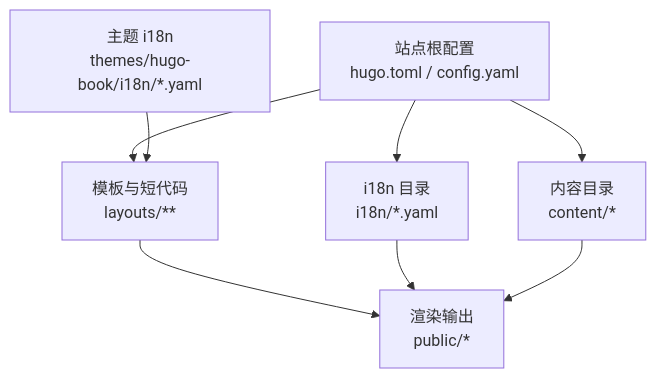
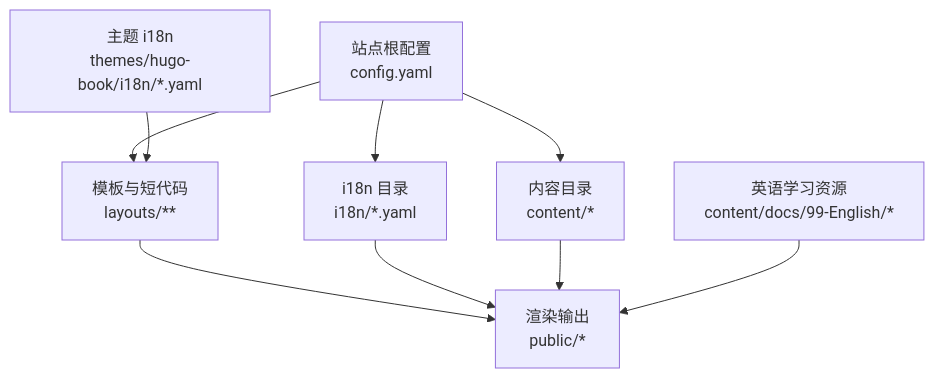
One commit to nianjiang/nianjiang.github.io changed the first of 6 diagrams in .qoder/repowiki/zh/content/主题定制/多语言支持.md. Above: the diagram before and after it, drawn with Mermaid. The commit also changed other lines of this file and 21 other files, not shown here.

````diff
--- a/.qoder/repowiki/zh/content/主题定制/多语言支持.md
+++ b/.qoder/repowiki/zh/content/主题定制/多语言支持.md
@@ -47,10 +53,11 @@
 ```mermaid
 graph TB
-A["站点根配置<br/>hugo.toml / config.yaml"] --> B["i18n 目录<br/>i18n/*.yaml"]
+A["站点根配置<br/>config.yaml"] --> B["i18n 目录<br/>i18n/*.yaml"]
 A --> C["内容目录<br/>content/*"]
 A --> D["模板与短代码<br/>layouts/**"]
 E["主题 i18n<br/>themes/hugo-book/i18n/*.yaml"] --> D
 D --> F["渲染输出<br/>public/*"]
 B --> F
 C --> F
+G["英语学习资源<br/>content/docs/99-English/*"] --> F
 ```
````
